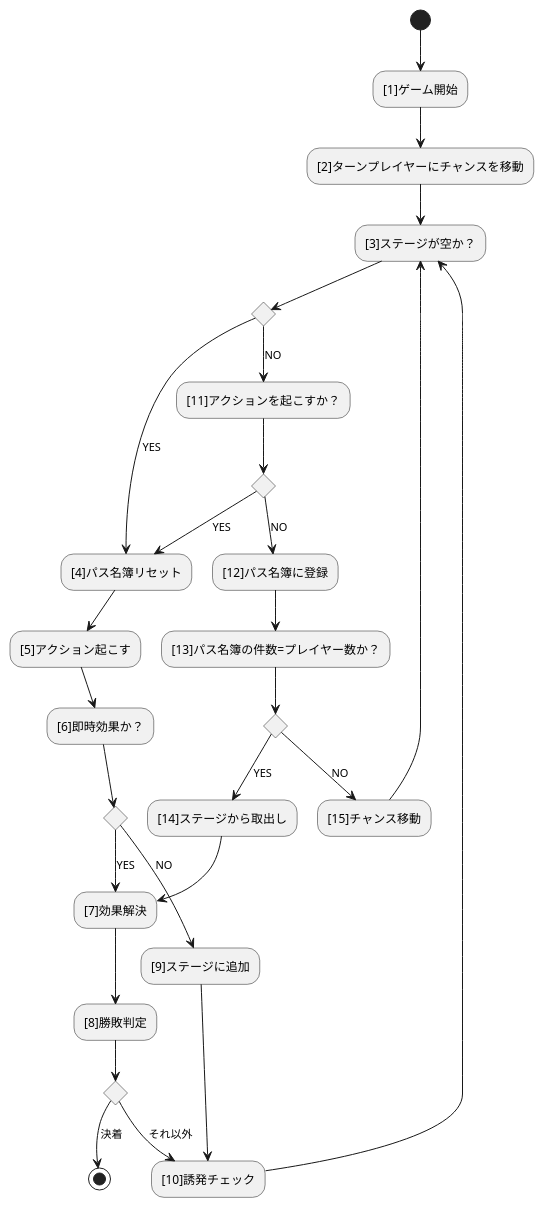
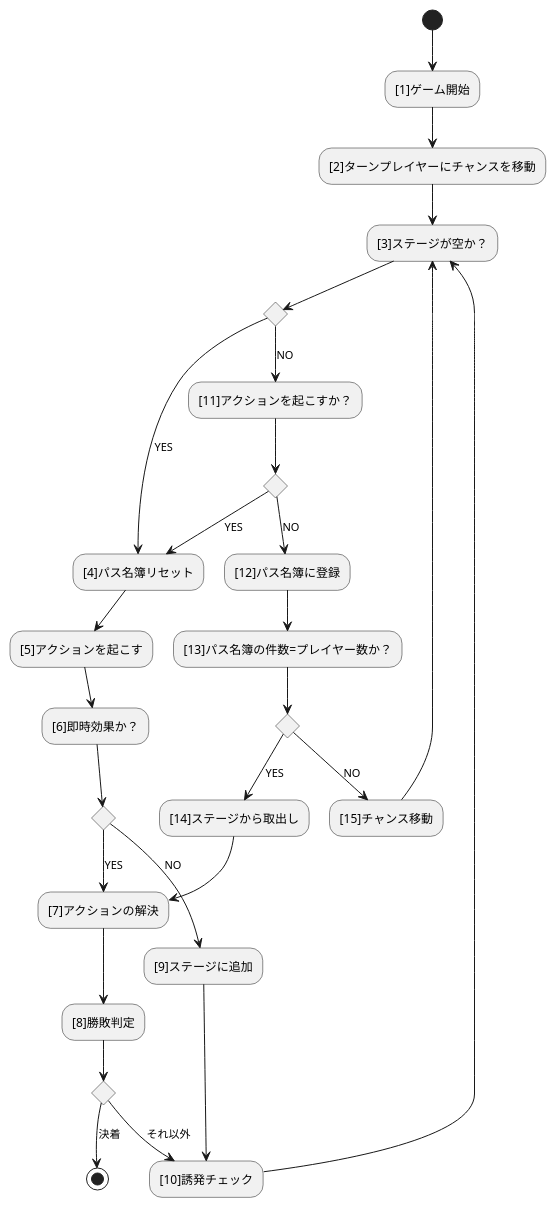
Before and after one commit to BlackPoker/BlackPoker: the diagram in source/core/coreflow.puml, drawn with PlantUML. The commit also changed 6 other files, not shown here.

```diff
--- a/source/core/coreflow.puml
+++ b/source/core/coreflow.puml
@@ -1,39 +1,39 @@
 @startuml
 (*) --> "[1]ゲーム開始"
 --> "[2]ターンプレイヤーにチャンスを移動"
 -->"[3]ステージが空か？"
 
 if "" then
     -->[YES] "[4]パス名簿リセット"
-    --> "[5]アクション起こす"
+    --> "[5]アクションを起こす"
     --> "[6]即時効果か？"
     if "" then
-        -->[YES] "[7]効果解決"
+        -->[YES] "[7]アクションの解決"
         --> "[8]勝敗判定"
         if "" then
             -->[決着] (*)
         else
             -->[それ以外] "[10]誘発チェック"
         endif
     else
         -->[NO] "[9]ステージに追加"
         --> "[10]誘発チェック"
     endif
     --> "[3]ステージが空か？"
 else
     -->[NO] "[11]アクションを起こすか？"
     if "" then
         -->[YES] "[4]パス名簿リセット"
     else
         --> [NO] "[12]パス名簿に登録"
         --> "[13]パス名簿の件数=プレイヤー数か？"
         if "" then
             -->[YES] ”[14]ステージから取出し”
-            --> "[7]効果解決"
+            --> "[7]アクションの解決"
         else
             --> [NO] "[15]チャンス移動"
             --> "[3]ステージが空か？"
         endif
     endif
 endif
 @enduml
```
